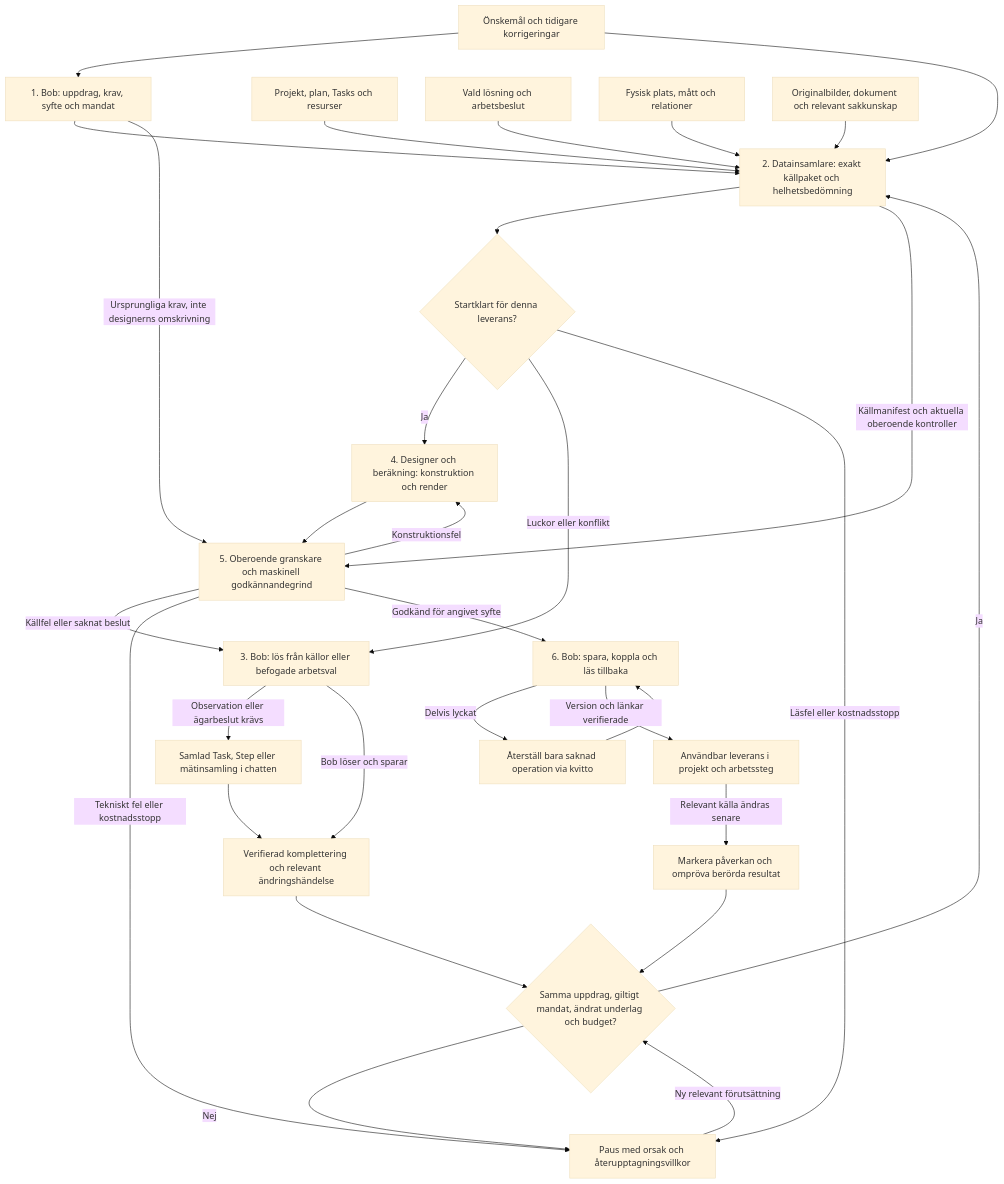
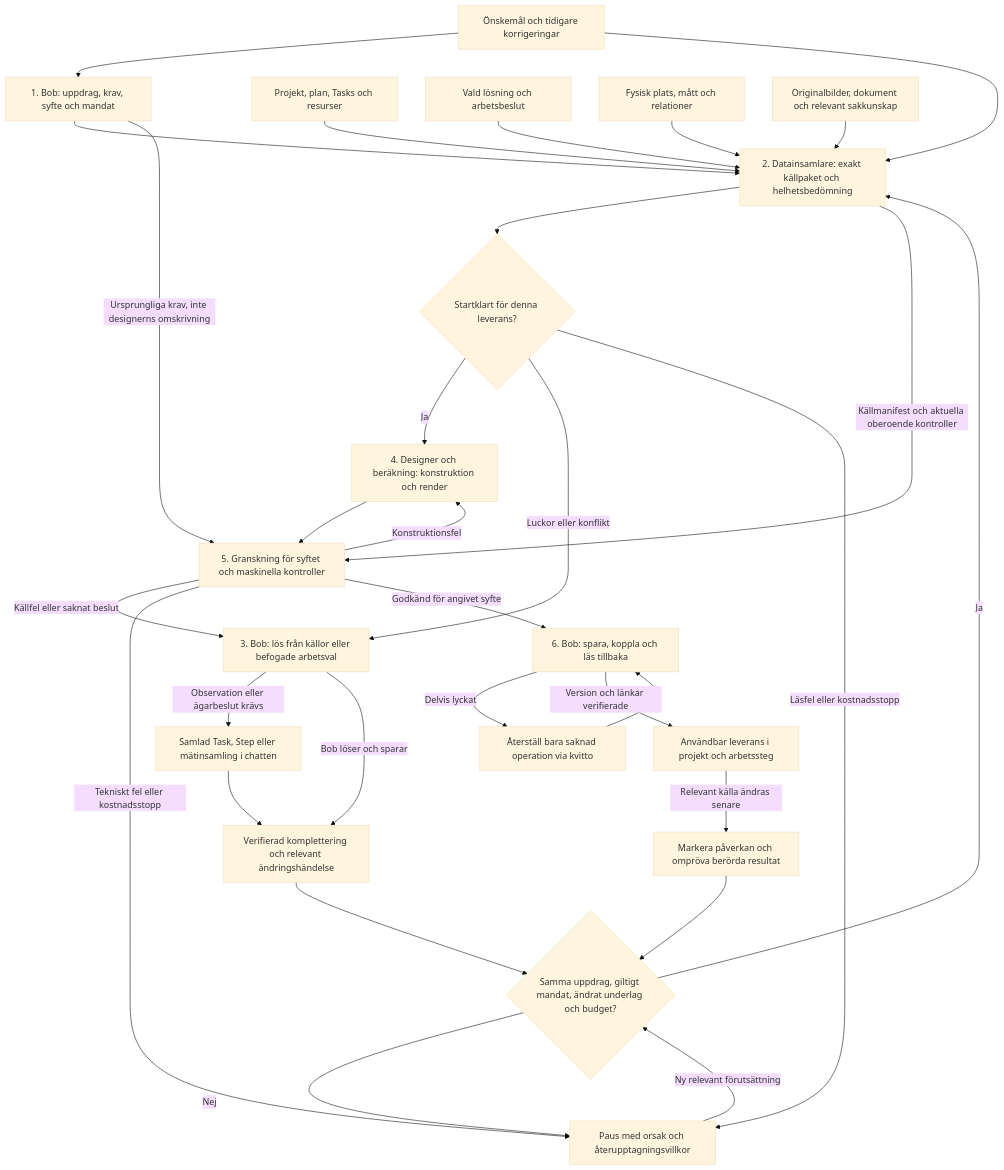
One commit to EmelieHagander/Bob-the-builder changed the diagram in Docs/bob-delivery-flow.md. Above: the diagram before and after it, drawn with Mermaid (base theme). The commit also changed other lines of this file and 7 other files, not shown here.

Commit message:
Align FORM flow with user-reviewed 2D and detailed 3D previews

````diff
--- a/Docs/bob-delivery-flow.md
+++ b/Docs/bob-delivery-flow.md
@@ -54,33 +54,33 @@
 ```mermaid
 flowchart TD
   U[Önskemål och tidigare korrigeringar] --> B[1. Bob: uppdrag, krav, syfte och mandat]
   U --> C[2. Datainsamlare: exakt källpaket och helhetsbedömning]
   P[Projekt, plan, Tasks och resurser] --> C
   S[Vald lösning och arbetsbeslut] --> C
   H[Fysisk plats, mått och relationer] --> C
   I[Originalbilder, dokument och relevant sakkunskap] --> C
   B --> C
   C --> G{Startklart för denna leverans?}
   G -->|Ja| D[4. Designer och beräkning: konstruktion och render]
   G -->|Luckor eller konflikt| K[3. Bob: lös från källor eller befogade arbetsval]
   K -->|Observation eller ägarbeslut krävs| T[Samlad Task, Step eller mätinsamling i chatten]
   K -->|Bob löser och sparar| E[Verifierad komplettering och relevant ändringshändelse]
   T --> E
   E --> R{Samma uppdrag, giltigt mandat, ändrat underlag och budget?}
   R -->|Ja| C
   R -->|Nej| W[Paus med orsak och återupptagningsvillkor]
   G -->|Läsfel eller kostnadsstopp| W
   W -->|Ny relevant förutsättning| R
-  D --> V[5. Oberoende granskare och maskinell godkännandegrind]
+  D --> V[5. Granskning för syftet och maskinella kontroller]
   C -->|Källmanifest och aktuella oberoende kontroller| V
   B -->|Ursprungliga krav, inte designerns omskrivning| V
   V -->|Konstruktionsfel| D
   V -->|Källfel eller saknat beslut| K
   V -->|Tekniskt fel eller kostnadsstopp| W
   V -->|Godkänd för angivet syfte| F[6. Bob: spara, koppla och läs tillbaka]
   F -->|Delvis lyckat| Q[Återställ bara saknad operation via kvitto]
   Q --> F
   F -->|Version och länkar verifierade| O[Användbar leverans i projekt och arbetssteg]
   O -->|Relevant källa ändras senare| X[Markera påverkan och ompröva berörda resultat]
   X --> R
 ```
````
